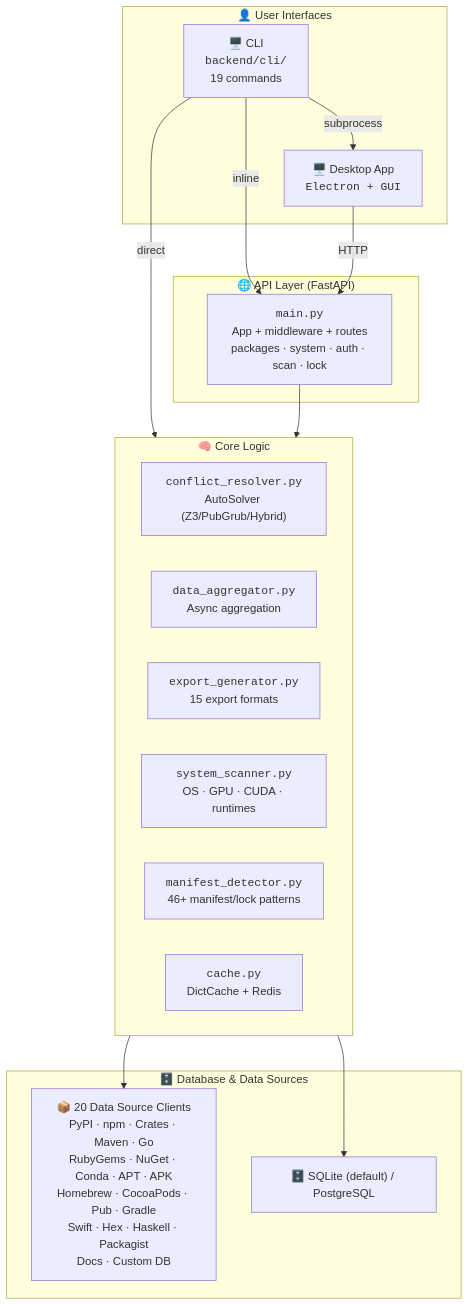
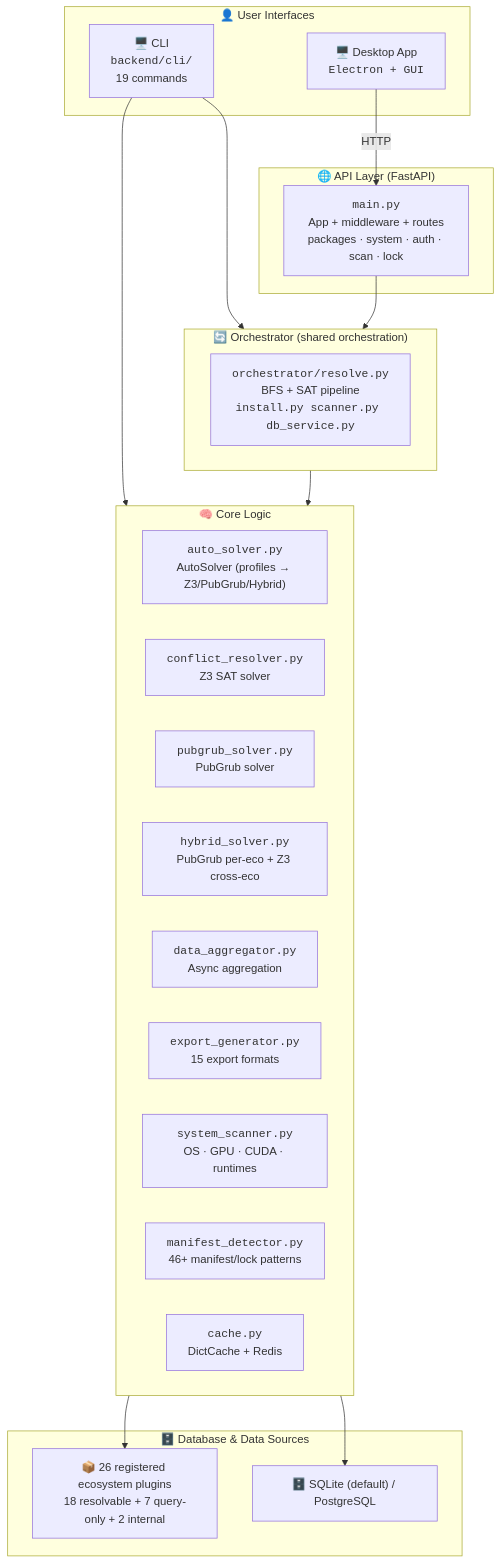
Before and after one commit to code-with-zeeshan/universal-dependency-resolver: the second of 2 diagrams in docs/USER_GUIDE.md, drawn with Mermaid. The commit also changed other lines of this file and 17 other files, not shown here.

Commit message:
fix: doc diagram accuracy + Z3 optional dep + ecosystem category labels

````diff
--- a/docs/USER_GUIDE.md
+++ b/docs/USER_GUIDE.md
@@ -168,33 +171,40 @@
 ```mermaid
 graph TB
     subgraph UserLayer["👤 User Interfaces"]
         CLI["🖥️ CLI<br/><code>backend/cli/</code><br/>19 commands"]
         DESKTOP["🖥️ Desktop App<br/><code>Electron + GUI</code>"]
     end
 
+    subgraph OrchestratorLayer["🔄 Orchestrator (shared orchestration)"]
+        ORCH["<code>orchestrator/resolve.py</code><br/>BFS + SAT pipeline<br/><code>install.py scanner.py db_service.py</code>"]
+    end
+
     subgraph APILayer["🌐 API Layer (FastAPI)"]
         API["<code>main.py</code><br/>App + middleware + routes<br/>packages · system · auth · scan · lock"]
     end
 
     subgraph CoreLayer["🧠 Core Logic"]
-        CR["<code>conflict_resolver.py</code><br/>AutoSolver (Z3/PubGrub/Hybrid)"]
+        AS["<code>auto_solver.py</code><br/>AutoSolver (profiles → Z3/PubGrub/Hybrid)"]
+        CR["<code>conflict_resolver.py</code><br/>Z3 SAT solver"]
+        PG["<code>pubgrub_solver.py</code><br/>PubGrub solver"]
+        HY["<code>hybrid_solver.py</code><br/>PubGrub per-eco + Z3 cross-eco"]
         DA["<code>data_aggregator.py</code><br/>Async aggregation"]
         EG["<code>export_generator.py</code><br/>15 export formats"]
         SS["<code>system_scanner.py</code><br/>OS · GPU · CUDA · runtimes"]
         MD["<code>manifest_detector.py</code><br/>46+ manifest/lock patterns"]
         CACHE["<code>cache.py</code><br/>DictCache + Redis"]
     end
 
     subgraph DBLayer["🗄️ Database & Data Sources"]
-        DS["📦 20 Data Source Clients<br/>PyPI · npm · Crates · Maven · Go<br/>RubyGems · NuGet · Conda · APT · APK<br/>Homebrew · CocoaPods · Pub · Gradle<br/>Swift · Hex · Haskell · Packagist<br/>Docs · Custom DB"]
+        DS["📦 26 registered ecosystem plugins<br/>18 resolvable + 7 query-only + 2 internal"]
         DB["🗄️ SQLite (default) / PostgreSQL"]
     end
 
-    CLI -->|"inline"| API
-    CLI -->|"direct"| CoreLayer
-    CLI -->|"subprocess"| DESKTOP
+    CLI --> OrchestratorLayer
+    CLI --> CoreLayer
     DESKTOP -->|"HTTP"| API
-    API --> CoreLayer
+    API --> OrchestratorLayer
+    OrchestratorLayer --> CoreLayer
     CoreLayer --> DS
     CoreLayer --> DB
 ```
````
